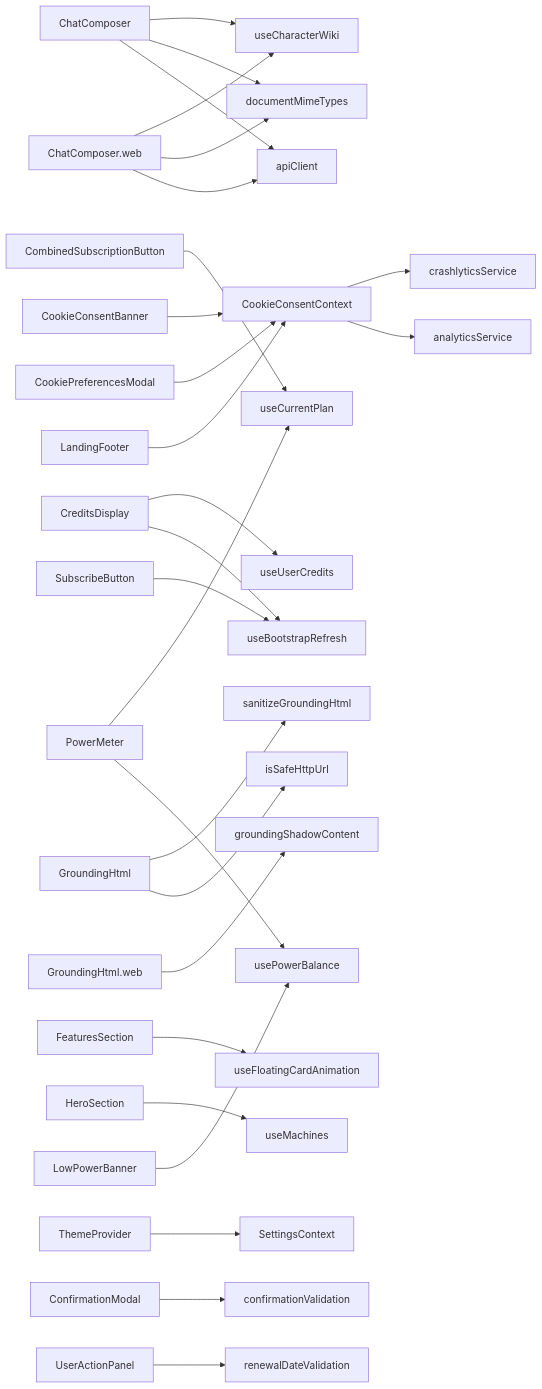
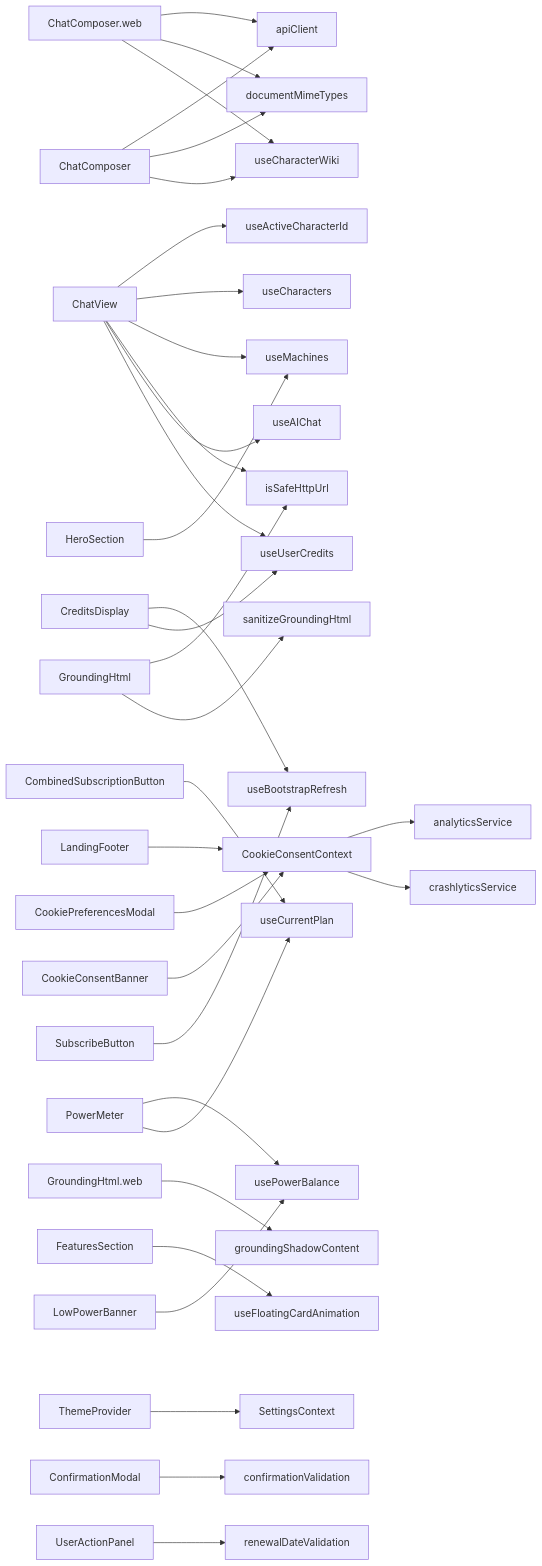
One commit to equationalapplications/clanker changed the diagram in docs/flowcharts/COMPONENTS.md. Above: the diagram before and after it, drawn with Mermaid.

Commit message:
chore: commit all current workspace changes

````diff
--- a/docs/flowcharts/COMPONENTS.md
+++ b/docs/flowcharts/COMPONENTS.md
@@ -4,29 +4,35 @@
 ```mermaid
 graph LR
   ChatComposer --> useCharacterWiki
   ChatComposer --> documentMimeTypes
   ChatComposer --> apiClient
   ChatComposer.web --> useCharacterWiki
   ChatComposer.web --> documentMimeTypes
   ChatComposer.web --> apiClient
+  ChatView --> useUserCredits
+  ChatView --> useAIChat
+  ChatView --> isSafeHttpUrl
+  ChatView --> useMachines
+  ChatView --> useCharacters
+  ChatView --> useActiveCharacterId
   CombinedSubscriptionButton --> useCurrentPlan
   CookieConsentBanner --> CookieConsentContext
   CookieConsentContext --> crashlyticsService
   CookieConsentContext --> analyticsService
   CookiePreferencesModal --> CookieConsentContext
   CreditsDisplay --> useUserCredits
   CreditsDisplay --> useBootstrapRefresh
   GroundingHtml --> sanitizeGroundingHtml
   GroundingHtml --> isSafeHttpUrl
   GroundingHtml.web --> groundingShadowContent
   FeaturesSection --> useFloatingCardAnimation
   HeroSection --> useMachines
   LandingFooter --> CookieConsentContext
   LowPowerBanner --> usePowerBalance
   PowerMeter --> useCurrentPlan
   PowerMeter --> usePowerBalance
   SubscribeButton --> useBootstrapRefresh
   ThemeProvider --> SettingsContext
   ConfirmationModal --> confirmationValidation
   UserActionPanel --> renewalDateValidation
 ```
````
